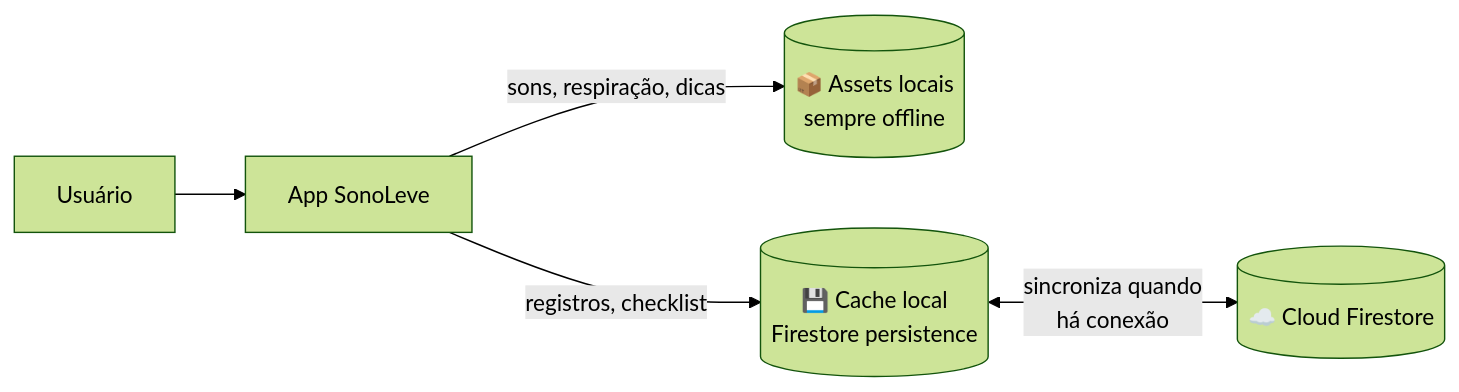
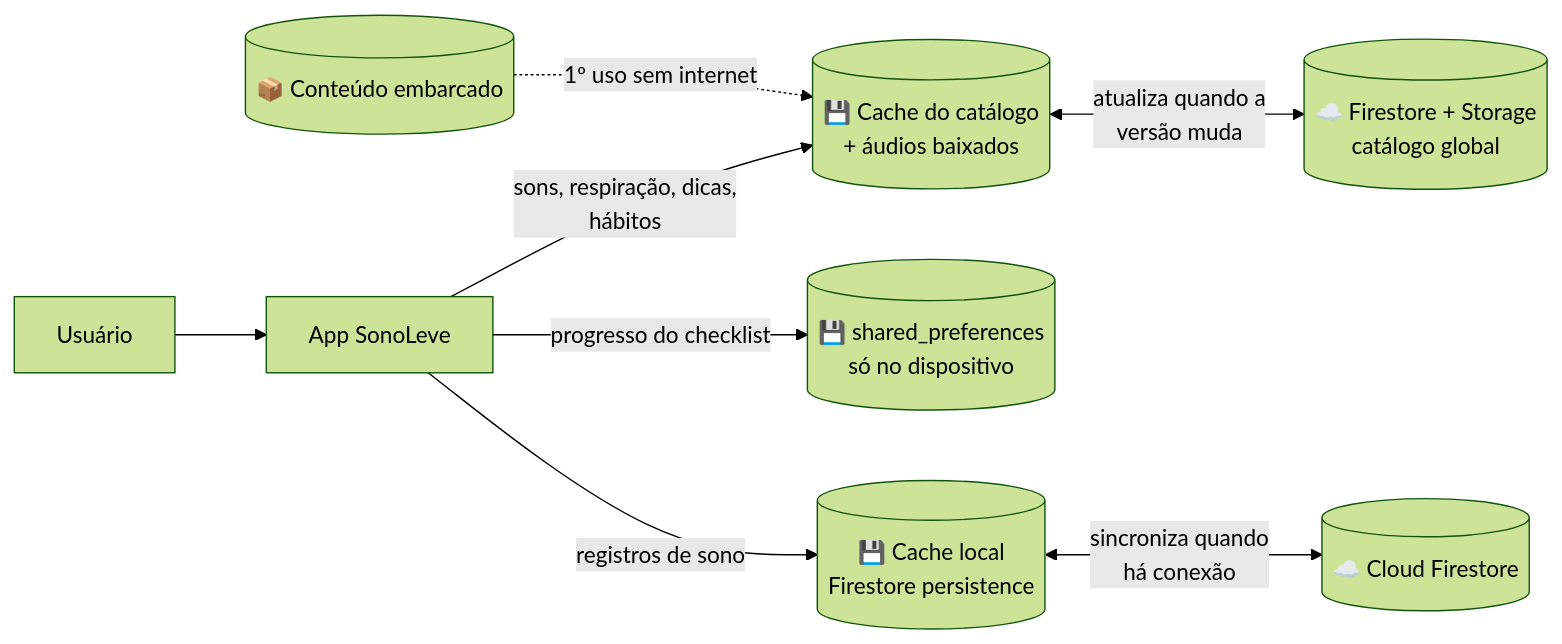
One commit to juliacabrl/SonoLeve changed the second of 3 diagrams in docs/arquitetura.md. Above: the diagram before and after it, drawn with Mermaid (forest theme). The commit also changed other lines of this file and 146 other files, not shown here.

Commit message:
Docs: catálogo remoto (Firestore + Storage); protótipo de baixa fidelidade em Flutter (app/)

````diff
--- a/docs/arquitetura.md
+++ b/docs/arquitetura.md
@@ -79,7 +89,10 @@
 ```mermaid
 flowchart LR
     U[Usuário] --> APP[App SonoLeve]
-    APP -->|sons, respiração, dicas| A[("📦 Assets locais<br/>sempre offline")]
-    APP -->|registros, checklist| C[("💾 Cache local<br/>Firestore persistence")]
+    APP -->|sons, respiração, dicas,<br/>hábitos| CAT[("💾 Cache do catálogo<br/>+ áudios baixados")]
+    CAT <-->|atualiza quando a<br/>versão muda| REM[("☁️ Firestore + Storage<br/>catálogo global")]
+    SEED[("📦 Conteúdo embarcado")] -.->|1º uso sem internet| CAT
+    APP -->|progresso do checklist| L[("💾 shared_preferences<br/>só no dispositivo")]
+    APP -->|registros de sono| C[("💾 Cache local<br/>Firestore persistence")]
     C <-->|sincroniza quando<br/>há conexão| FS[("☁️ Cloud Firestore")]
 ```
````
